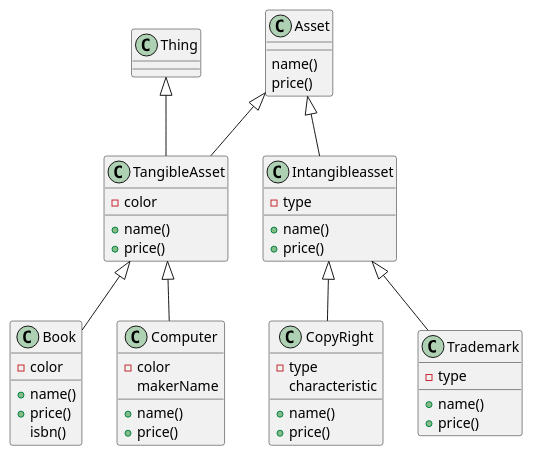
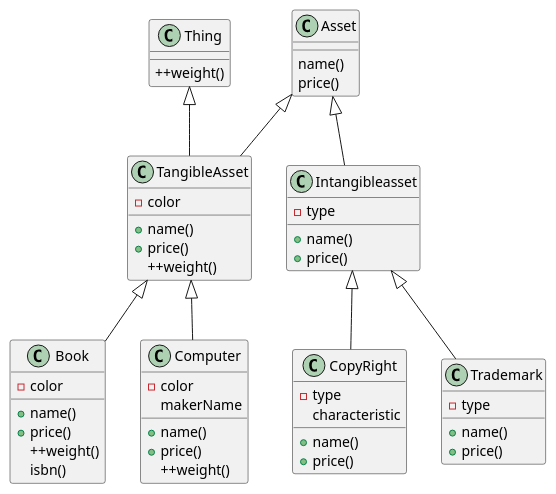
Before and after one commit to orm-camp-flutter-2ki/learn_dart_together: the diagram in lib/orm_240313/자산.puml, drawn with PlantUML. The commit also changed 2 other files, not shown here.

```diff
--- a/lib/orm_240313/자산.puml
+++ b/lib/orm_240313/자산.puml
@@ -1,54 +1,60 @@
 @startuml
 'https://plantuml.com/sequence-diagram
 
 class Asset{
     name()
     price()
 }
 
 class TangibleAsset extends Asset{
     +name()
     +price()
     -color
 
 }
 class Book extends TangibleAsset
 {
     +name()
     +price()
     -color
+    ++weight()
      isbn()
 }
 class Computer extends TangibleAsset
 {
     +name()
     +price()
     -color
+    ++weight()
     makerName
 }
 
 class Intangibleasset extends Asset
 {
     +name()
     +price()
     -type
 
 }
 
 class CopyRight extends Intangibleasset
 {
     +name()
     +price()
     -type
     characteristic
     }
 
 
 class Trademark extends Intangibleasset{
   +name()
   +price()
   -type
 }
 
-class TangibleAsset extends Thing
+Thing : ++weight()
+
+class TangibleAsset extends Thing{
+    ++weight()
+}
 @enduml
```
